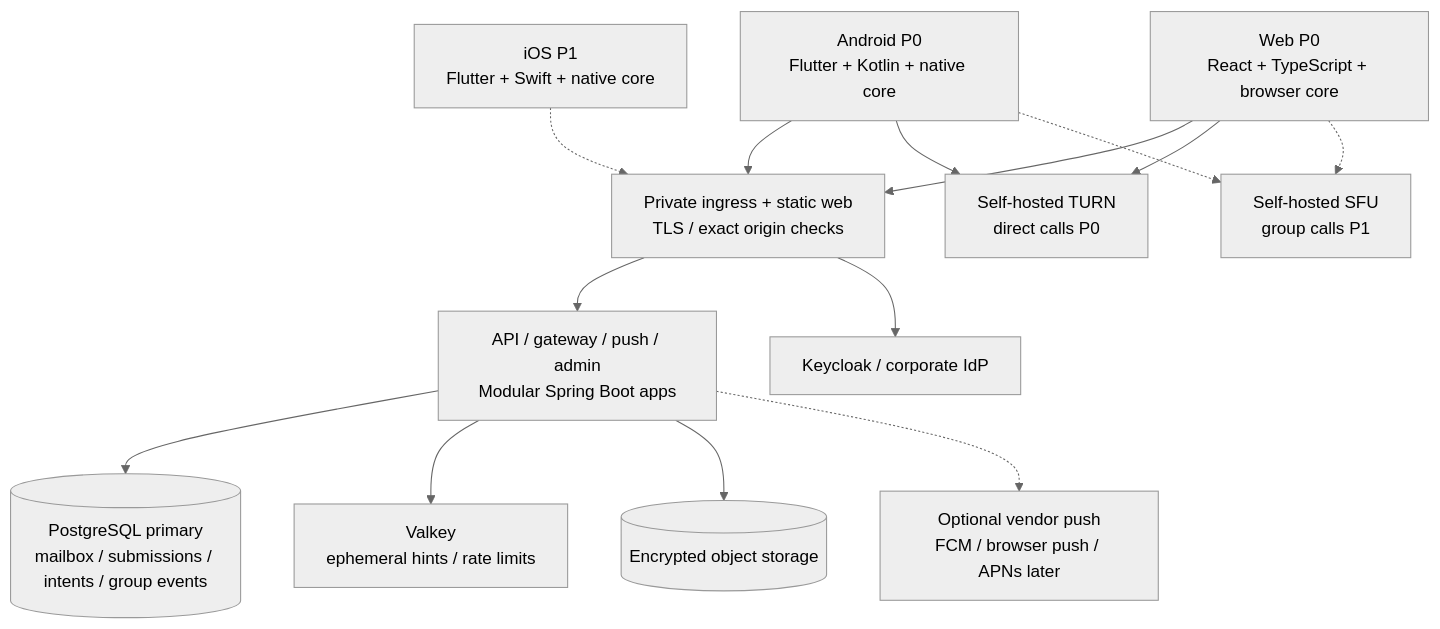
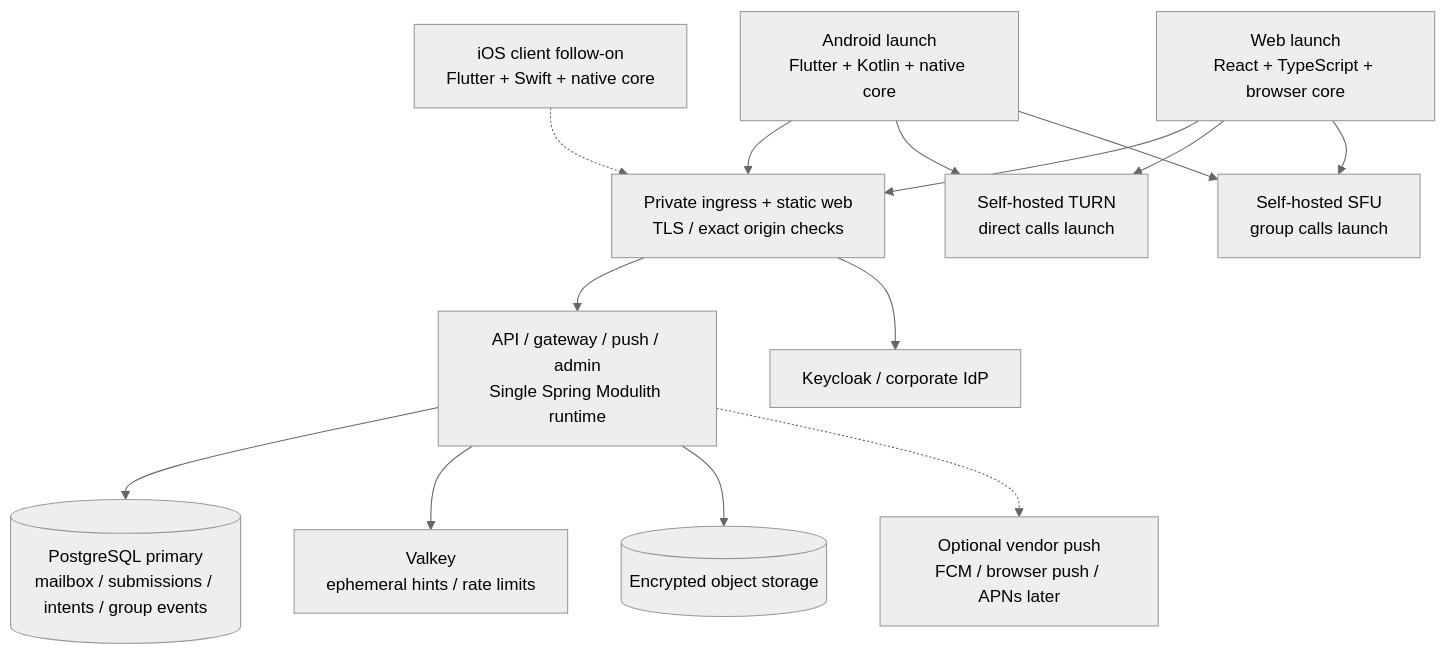
One commit to bogdancstrike/convo changed the diagram in docs/diagrams/current-context.mmd. Above: the diagram before and after it, drawn with Mermaid (neutral theme). The commit also changed 8 other files, not shown here.

```diff
--- a/docs/diagrams/current-context.mmd
+++ b/docs/diagrams/current-context.mmd
@@ -1,20 +1,20 @@
 flowchart TB
-    A["Android P0<br/>Flutter + Kotlin + native core"]
-    W["Web P0<br/>React + TypeScript + browser core"]
-    I["iOS P1<br/>Flutter + Swift + native core"]
+    A["Android launch<br/>Flutter + Kotlin + native core"]
+    W["Web launch<br/>React + TypeScript + browser core"]
+    I["iOS client follow-on<br/>Flutter + Swift + native core"]
     EDGE["Private ingress + static web<br/>TLS / exact origin checks"]
     IDP["Keycloak / corporate IdP"]
-    APP["API / gateway / push / admin<br/>Modular Spring Boot apps"]
+    APP["API / gateway / push / admin<br/>Single Spring Modulith runtime"]
     PG[("PostgreSQL primary<br/>mailbox / submissions / intents / group events")]
     VK["Valkey<br/>ephemeral hints / rate limits"]
     OBJ[("Encrypted object storage")]
-    TURN["Self-hosted TURN<br/>direct calls P0"]
-    SFU["Self-hosted SFU<br/>group calls P1"]
+    TURN["Self-hosted TURN<br/>direct calls launch"]
+    SFU["Self-hosted SFU<br/>group calls launch"]
     PUSH["Optional vendor push<br/>FCM / browser push / APNs later"]
     A & W --> EDGE
     I -.-> EDGE
     EDGE --> APP & IDP
     APP --> PG & VK & OBJ
     A & W --> TURN
-    A & W -.-> SFU
+    A & W --> SFU
     APP -.-> PUSH
```
